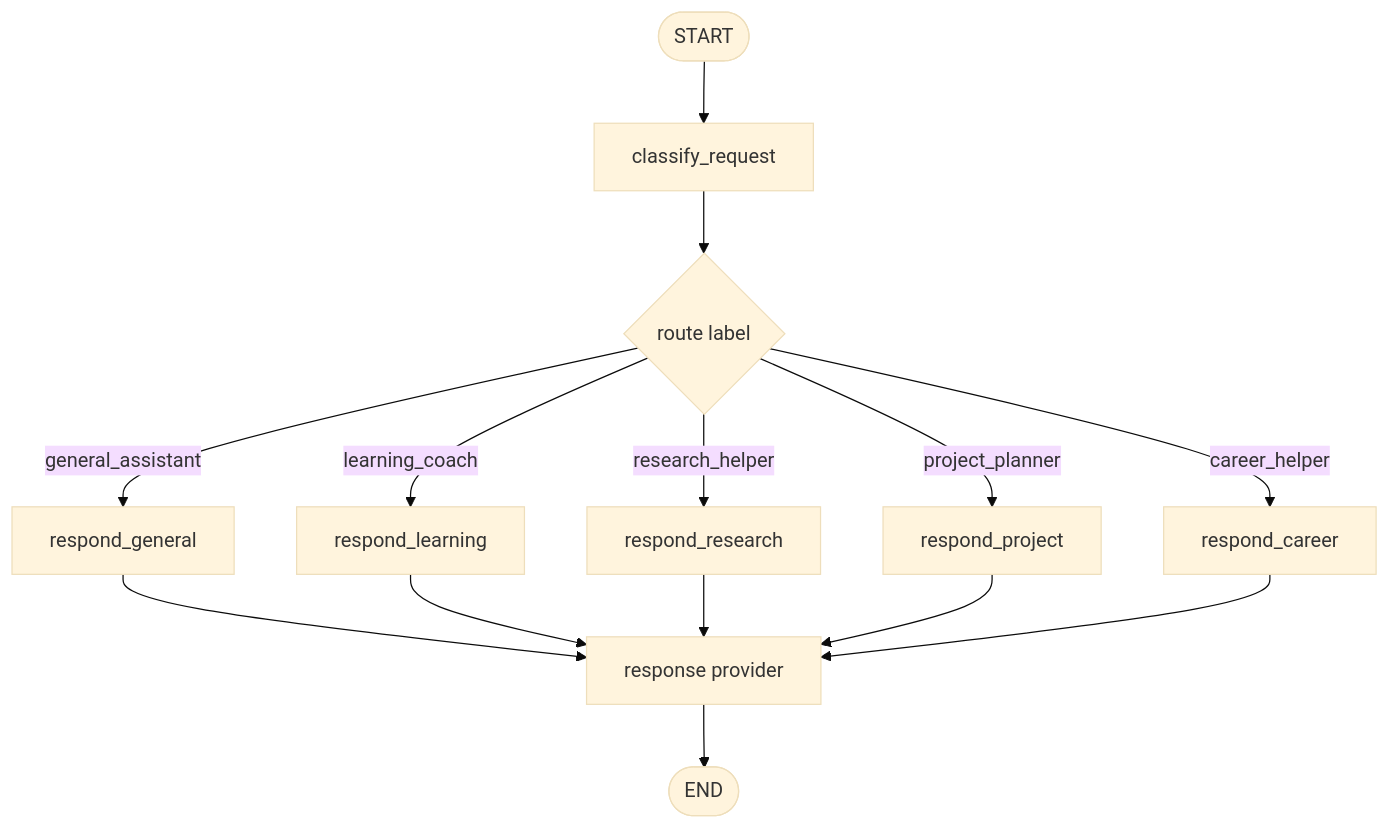
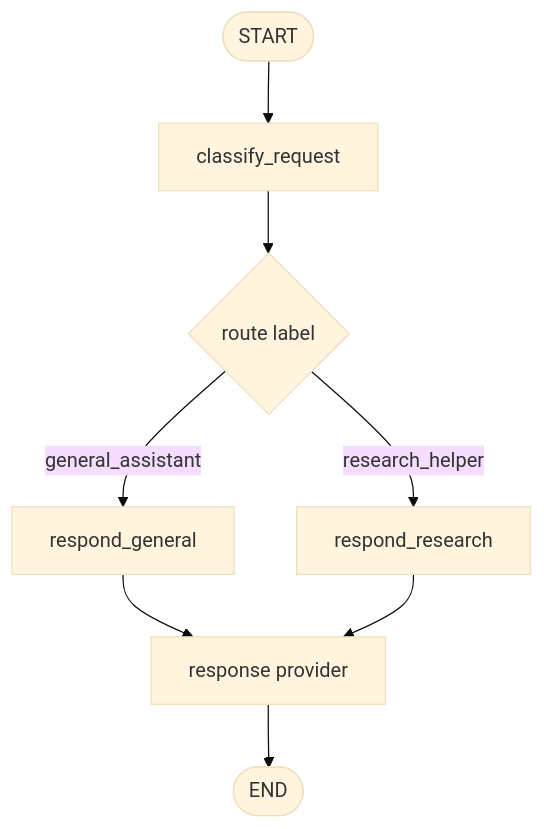
One commit to heecheon92/my-agents changed the first of 2 diagrams in my_agents/agents/general_assistant/README.en.md. Above: the diagram before and after it, drawn with Mermaid (base theme). The commit also changed other lines of this file and 102 other files, not shown here.

````diff
--- a/my_agents/agents/general_assistant/README.en.md
+++ b/my_agents/agents/general_assistant/README.en.md
@@ -27,16 +27,10 @@
 ```mermaid
 flowchart TD
     Start([START]) --> Classify["classify_request"]
     Classify --> Route{"route label"}
     Route -->|general_assistant| General["respond_general"]
-    Route -->|learning_coach| Learning["respond_learning"]
     Route -->|research_helper| Research["respond_research"]
-    Route -->|project_planner| Project["respond_project"]
-    Route -->|career_helper| Career["respond_career"]
     General --> Provider["response provider"]
-    Learning --> Provider
     Research --> Provider
-    Project --> Provider
-    Career --> Provider
     Provider --> End([END])
 ```
````
